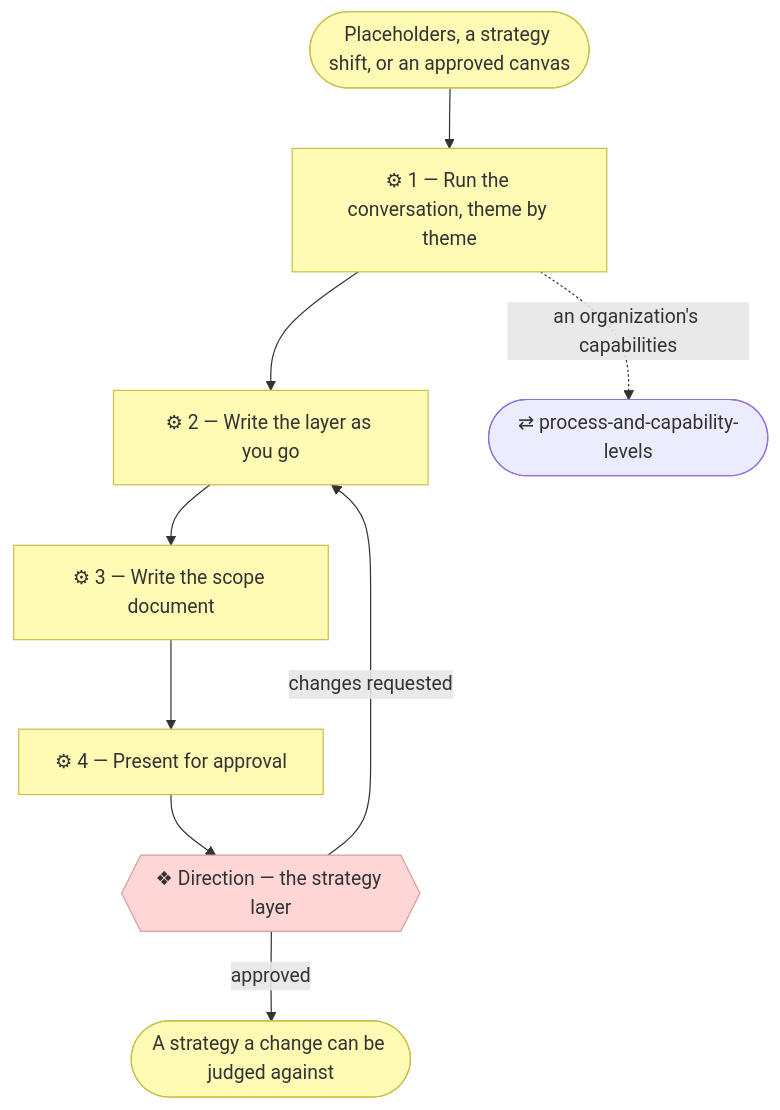
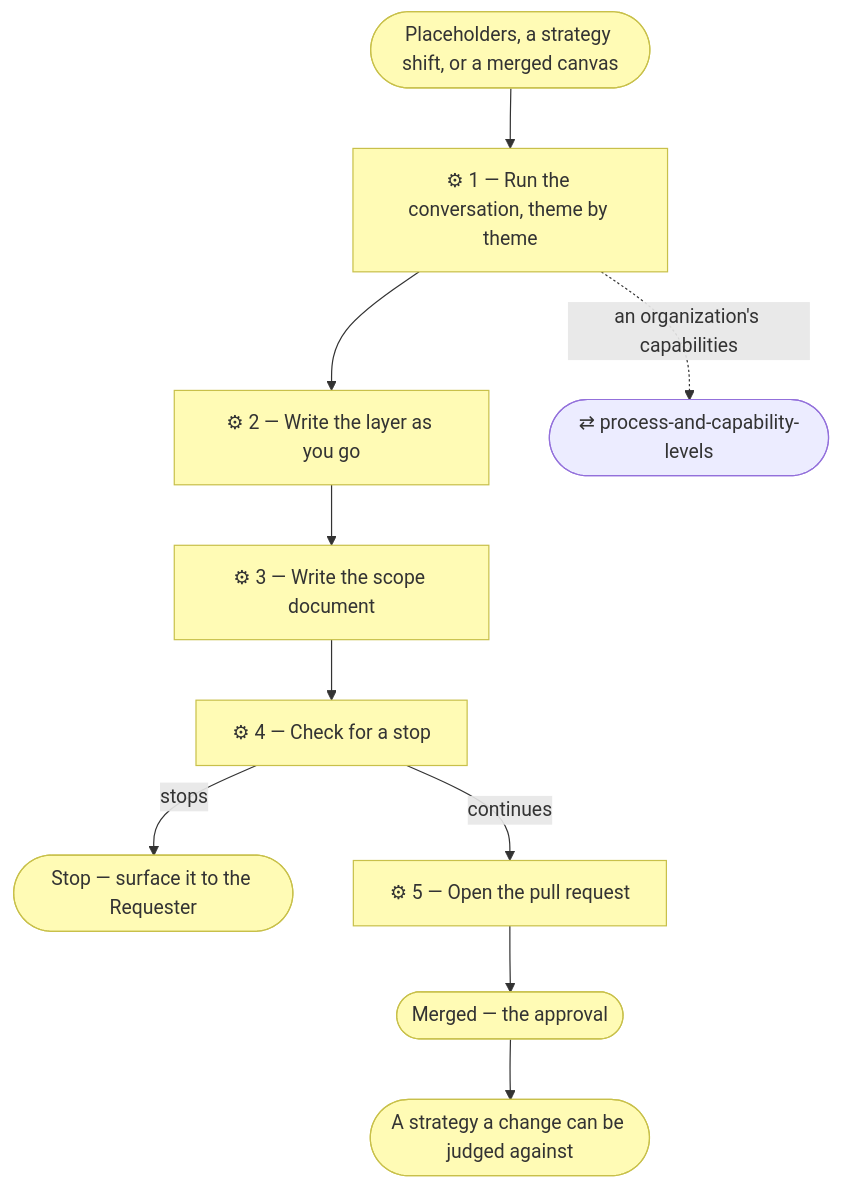
One commit to roanboc/archreator changed the diagram in plugins/archreator/skills/discover-strategy/SKILL.md. Above: the diagram before and after it, drawn with Mermaid. The commit also changed other lines of this file and 49 other files, not shown here.

````diff
--- a/plugins/archreator/skills/discover-strategy/SKILL.md
+++ b/plugins/archreator/skills/discover-strategy/SKILL.md
@@ -39,21 +41,21 @@
 ```mermaid
 flowchart TD
-  trig(["Placeholders, a strategy shift, or an approved canvas"])
+  trig(["Placeholders, a strategy shift, or a merged canvas"])
   s1["⚙ 1 — Run the conversation, theme by theme"]
   s2["⚙ 2 — Write the layer as you go"]
   s3["⚙ 3 — Write the scope document"]
-  s4["⚙ 4 — Present for approval"]
-  g1{{"❖ Direction — the strategy layer"}}
+  s4["⚙ 4 — Check for a stop"]
+  stop(["Stop — surface it to the Requester"])
+  s5["⚙ 5 — Open the pull request"]
+  merged(["Merged — the approval"])
   pcl(["⇄ process-and-capability-levels"])
   out(["A strategy a change can be judged against"])
 
-  trig --> s1 --> s2 --> s3 --> s4 --> g1
+  trig --> s1 --> s2 --> s3 --> s4
   s1 -. an organization's capabilities .-> pcl
-  g1 -->|changes requested| s2
-  g1 -->|approved| out
+  s4 -->|stops| stop
+  s4 -->|continues| s5 --> merged --> out
 
   classDef business fill:#fffbb5,stroke:#c8c04a,color:#333
-  classDef implementation fill:#ffd6d6,stroke:#d99b9b,color:#333
-  class s1,s2,s3,s4,trig,out business
-  class g1 implementation
+  class s1,s2,s3,s4,s5,trig,merged,stop,out business
 ```
````
